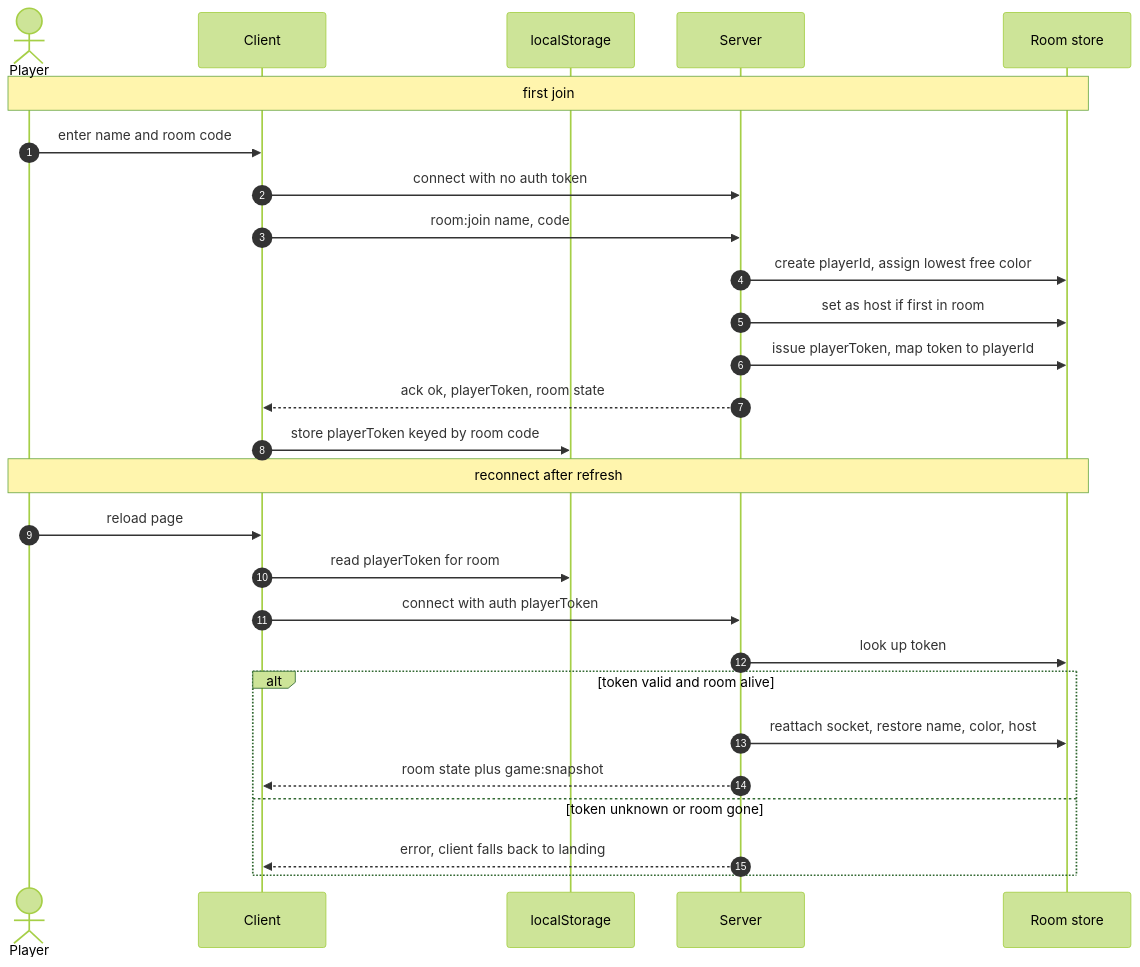
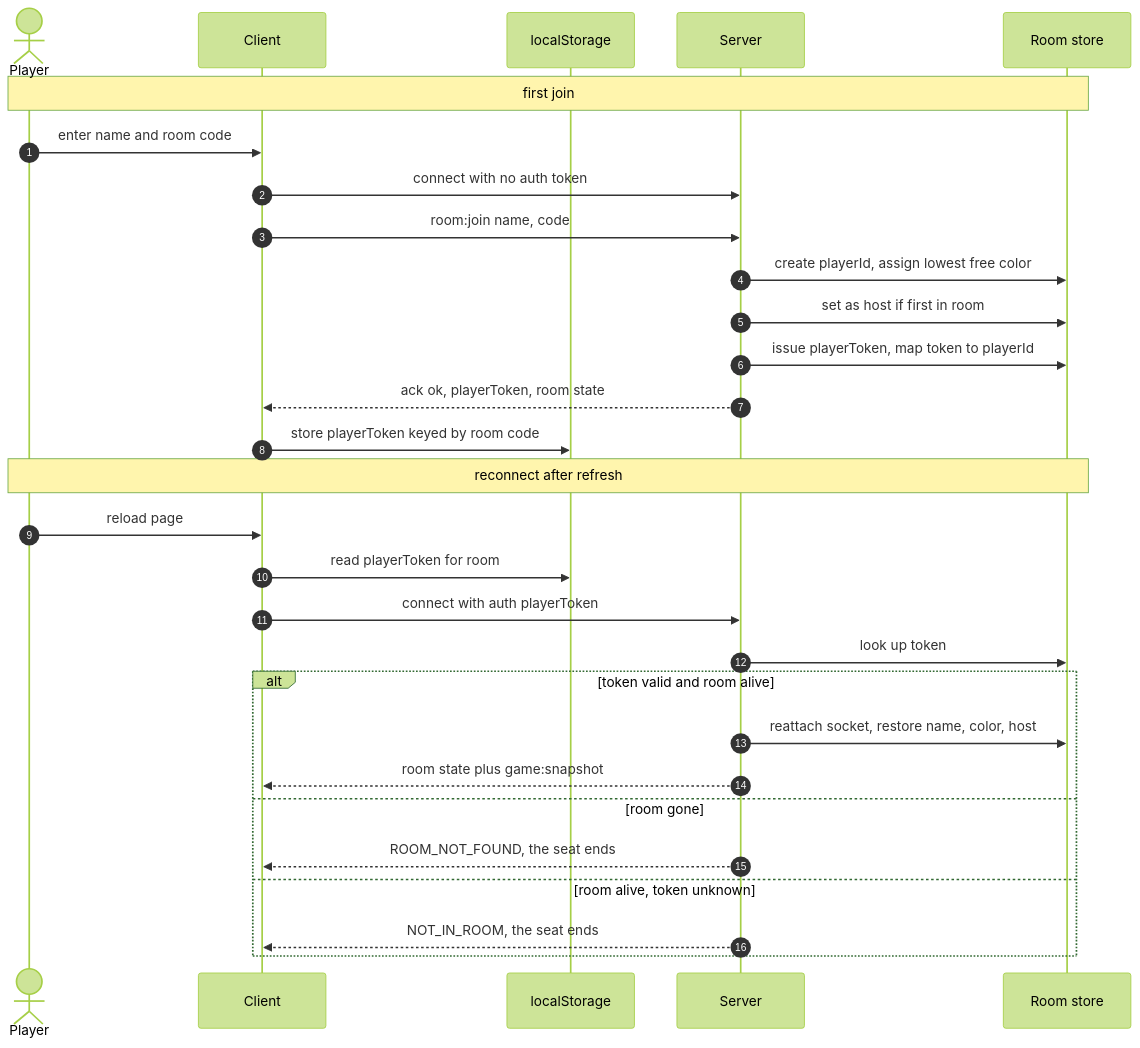
Before and after one commit to nikhilasm/puzzletogether: the fourth of 6 diagrams in docs/architecture.md, drawn with Mermaid (forest theme). The commit also changed other lines of this file and 25 other files, not shown here.

````diff
--- a/docs/architecture.md
+++ b/docs/architecture.md
@@ -129,31 +129,33 @@
 ```mermaid
 sequenceDiagram
     autonumber
     actor P as Player
     participant C as Client
     participant LS as localStorage
     participant S as Server
     participant R as Room store
 
     Note over P,R: first join
     P->>C: enter name and room code
     C->>S: connect with no auth token
     C->>S: room:join name, code
     S->>R: create playerId, assign lowest free color
     S->>R: set as host if first in room
     S->>R: issue playerToken, map token to playerId
     S-->>C: ack ok, playerToken, room state
     C->>LS: store playerToken keyed by room code
 
     Note over P,R: reconnect after refresh
     P->>C: reload page
     C->>LS: read playerToken for room
     C->>S: connect with auth playerToken
     S->>R: look up token
     alt token valid and room alive
         S->>R: reattach socket, restore name, color, host
         S-->>C: room state plus game:snapshot
-    else token unknown or room gone
-        S-->>C: error, client falls back to landing
+    else room gone
+        S-->>C: ROOM_NOT_FOUND, the seat ends
+    else room alive, token unknown
+        S-->>C: NOT_IN_ROOM, the seat ends
     end
 ```
````
